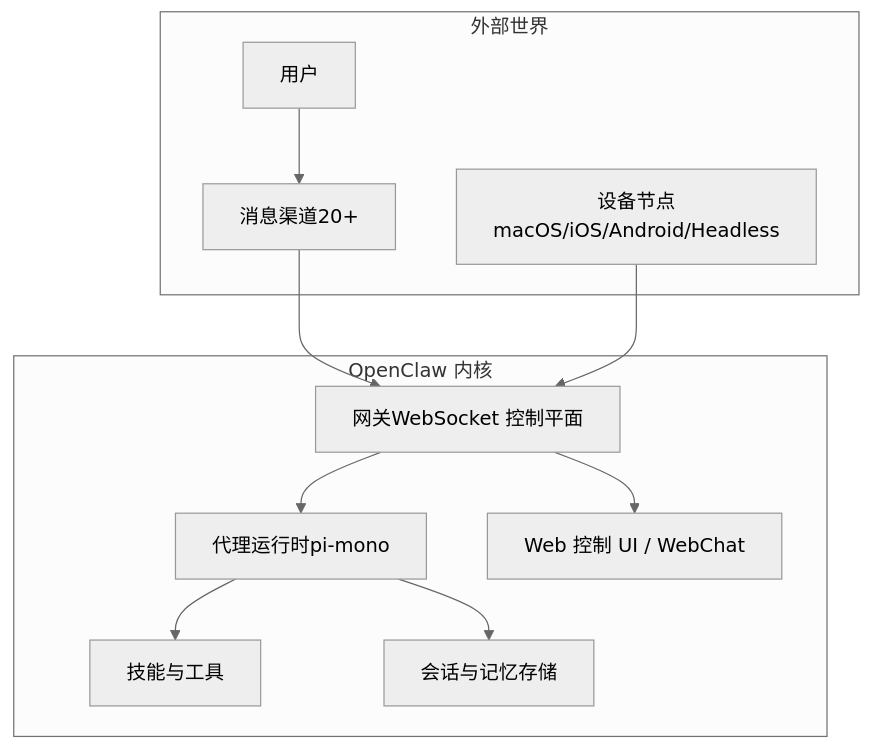
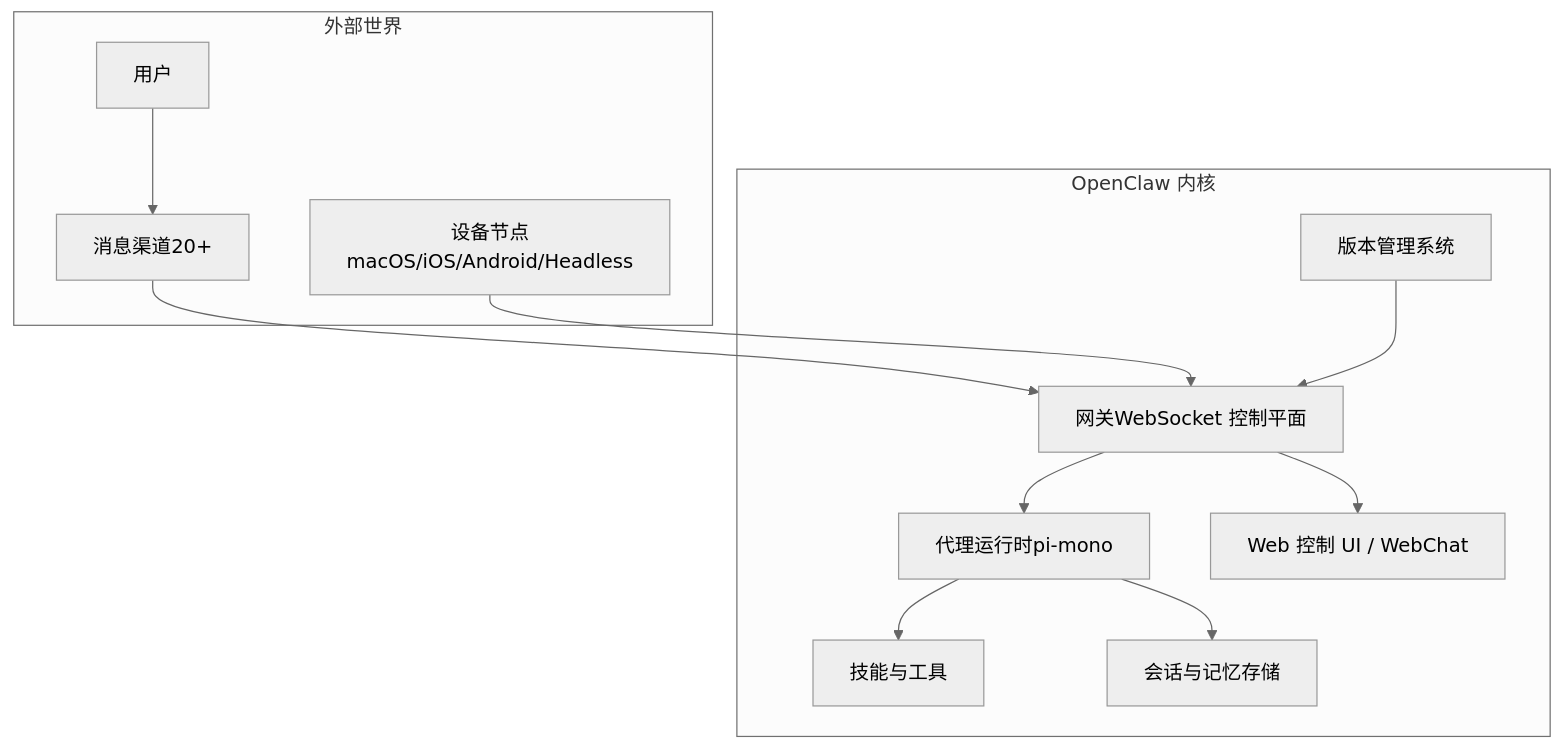
One commit to verse-ai-org/openclaw changed the second of 6 diagrams in .qoder/repowiki/zh/content/项目概述/项目概述.md. Above: the diagram before and after it, drawn with Mermaid (neutral theme). The commit also changed other lines of this file and 40 other files, not shown here.

````diff
--- a/.qoder/repowiki/zh/content/项目概述/项目概述.md
+++ b/.qoder/repowiki/zh/content/项目概述/项目概述.md
@@ -128,22 +145,24 @@
 ```mermaid
 graph TB
 subgraph "外部世界"
 Users["用户"]
 Channels["消息渠道20+"]
 Devices["设备节点macOS/iOS/Android/Headless"]
 end
 subgraph "OpenClaw 内核"
 Gateway["网关WebSocket 控制平面"]
 Agent["代理运行时pi-mono"]
 Skills["技能与工具"]
 Storage["会话与记忆存储"]
 Web["Web 控制 UI / WebChat"]
+Version["版本管理系统"]
 end
 Users --> Channels
 Channels --> Gateway
 Devices --> Gateway
 Gateway --> Agent
 Agent --> Skills
 Agent --> Storage
 Gateway --> Web
+Version --> Gateway
 ```
````
